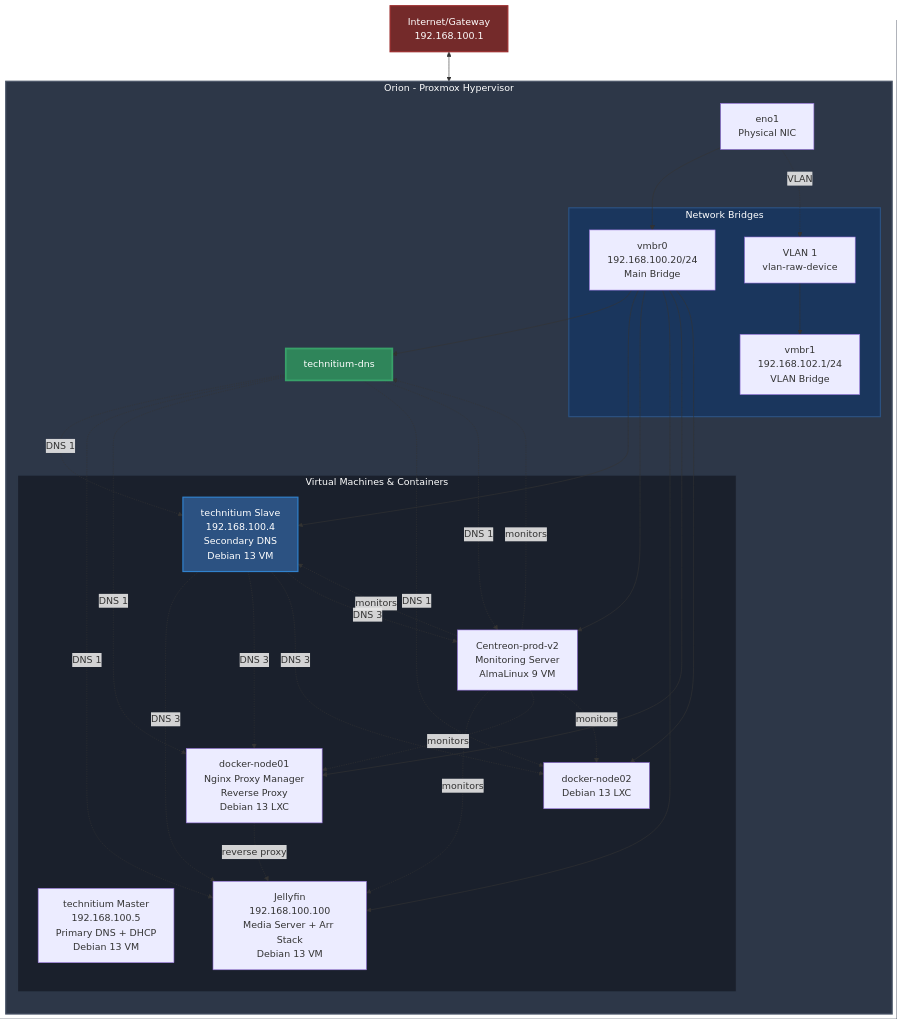
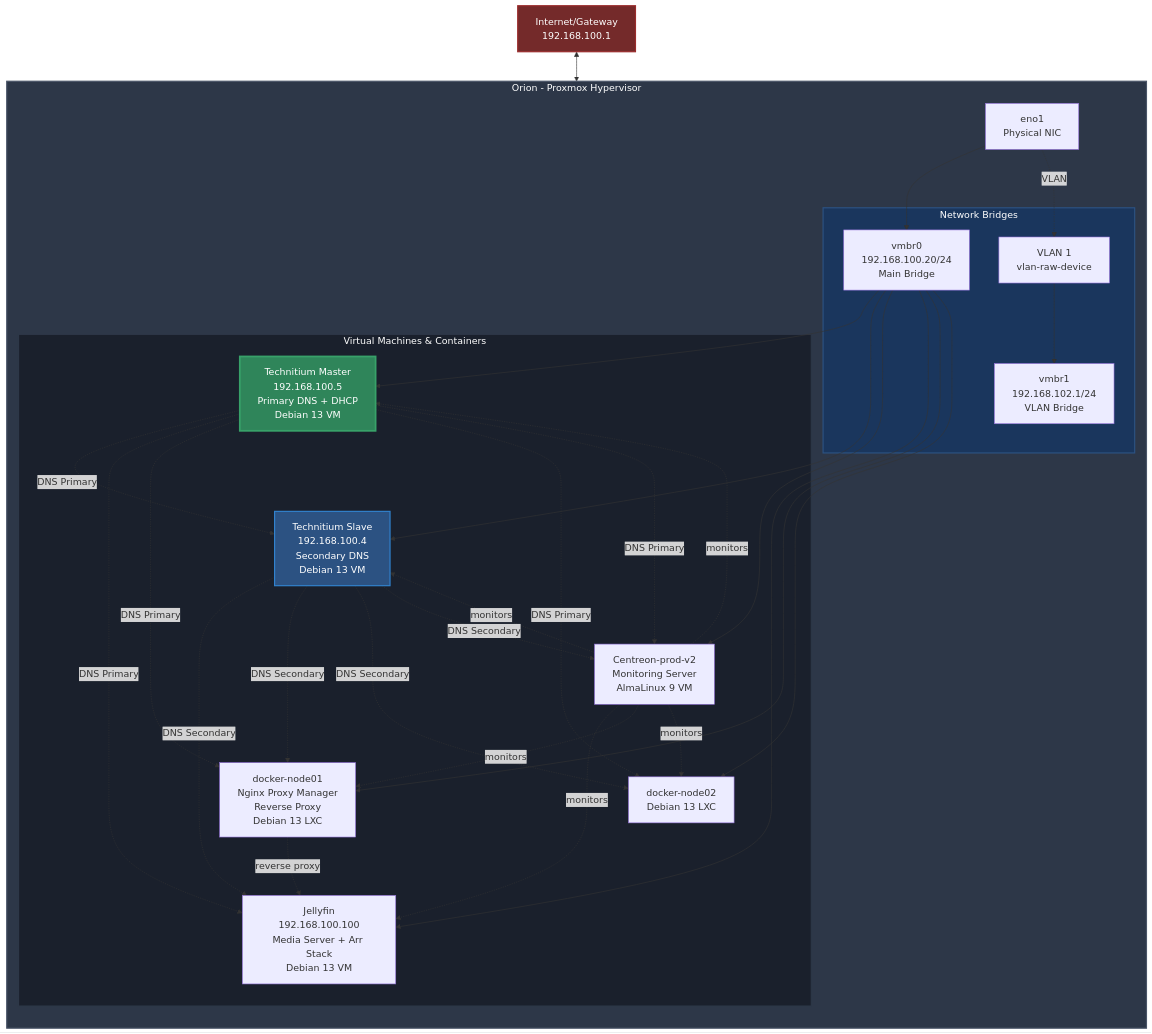
Before and after one commit to raifcoonjah/homelab: the diagram in README.md, drawn with Mermaid.

````diff
--- a/README.md
+++ b/README.md
@@ -36,64 +36,63 @@
 ```mermaid
 graph TB
     Internet[Internet/Gateway<br/>192.168.100.1]
     
     subgraph Physical["Orion - Proxmox Hypervisor"]
         direction TB
         eno1[eno1<br/>Physical NIC]
         
         subgraph Bridges["Network Bridges"]
             vmbr0[vmbr0<br/>192.168.100.20/24<br/>Main Bridge]
             vlan1[VLAN 1<br/>vlan-raw-device]
             vmbr1[vmbr1<br/>192.168.102.1/24<br/>VLAN Bridge]
         end
         
         subgraph VMs["Virtual Machines & Containers"]
-            technitium_dns[technitium Master<br/>192.168.100.5<br/>Primary DNS + DHCP <br/>Debian 13 VM]
-            technitium-slave[technitium Slave<br/>192.168.100.4<br/>Secondary DNS<br/>Debian 13 VM]
+            technitium_dns[Technitium Master<br/>192.168.100.5<br/>Primary DNS + DHCP<br/>Debian 13 VM]
+            technitium_slave[Technitium Slave<br/>192.168.100.4<br/>Secondary DNS<br/>Debian 13 VM]
             centreon[Centreon-prod-v2<br/>Monitoring Server<br/>AlmaLinux 9 VM]
             jellyfin[Jellyfin<br/>192.168.100.100<br/>Media Server + Arr Stack<br/>Debian 13 VM]
             docker01[docker-node01<br/>Nginx Proxy Manager<br/>Reverse Proxy<br/>Debian 13 LXC]
             docker02[docker-node02<br/>Debian 13 LXC]
         end
         
         eno1 --> vmbr0
         eno1 -.VLAN.-> vlan1
         vlan1 --> vmbr1
         
-        vmbr0 --> technitium-dns
-        vmbr0 --> technitium-slave
+        vmbr0 --> technitium_dns
+        vmbr0 --> technitium_slave
         vmbr0 --> centreon
         vmbr0 --> jellyfin
         vmbr0 --> docker01
         vmbr0 --> docker02
     end
     
     Internet <--> eno1
     
     docker01 -.reverse proxy.-> jellyfin
     
-    technitium-dns -.DNS 1.-> technitium-slave
-    technitium-dns -.DNS 1.-> jellyfin
-    technitium-dns -.DNS 1.-> docker01
-    technitium-dns -.DNS 1.-> docker02
-    technitium-dns -.DNS 1.-> centreon
+    technitium_dns -.DNS Primary.-> technitium_slave
+    technitium_dns -.DNS Primary.-> jellyfin
+    technitium_dns -.DNS Primary.-> docker01
+    technitium_dns -.DNS Primary.-> docker02
+    technitium_dns -.DNS Primary.-> centreon
     
-    technitium-slave -.DNS 3.-> jellyfin
-    technitium-slave -.DNS 3.-> docker01
-    technitium-slave -.DNS 3.-> docker02
-    technitium-slave -.DNS 3.-> centreon
+    technitium_slave -.DNS Secondary.-> jellyfin
+    technitium_slave -.DNS Secondary.-> docker01
+    technitium_slave -.DNS Secondary.-> docker02
+    technitium_slave -.DNS Secondary.-> centreon
     
-    centreon -.monitors.-> technitium-dns
-    centreon -.monitors.-> technitium-slave
+    centreon -.monitors.-> technitium_dns
+    centreon -.monitors.-> technitium_slave
     centreon -.monitors.-> jellyfin
     centreon -.monitors.-> docker01
     centreon -.monitors.-> docker02
     
-    style technitium-dns fill:#2f855a,stroke:#38a169,stroke-width:3px,color:#fff
-    style technitium-slave fill:#2c5282,stroke:#3182ce,stroke-width:2px,color:#fff
-    
+    style technitium_dns fill:#2f855a,stroke:#38a169,stroke-width:3px,color:#fff
+    style technitium_slave fill:#2c5282,stroke:#3182ce,stroke-width:2px,color:#fff
     style Physical fill:#2d3748,stroke:#4a5568,stroke-width:2px,color:#fff
     style Bridges fill:#1a365d,stroke:#2c5282,stroke-width:2px,color:#fff
     style VMs fill:#1a202c,stroke:#2d3748,stroke-width:2px,color:#fff
     style Internet fill:#742a2a,stroke:#9b2c2c,stroke-width:2px,color:#fff
 ```
````
